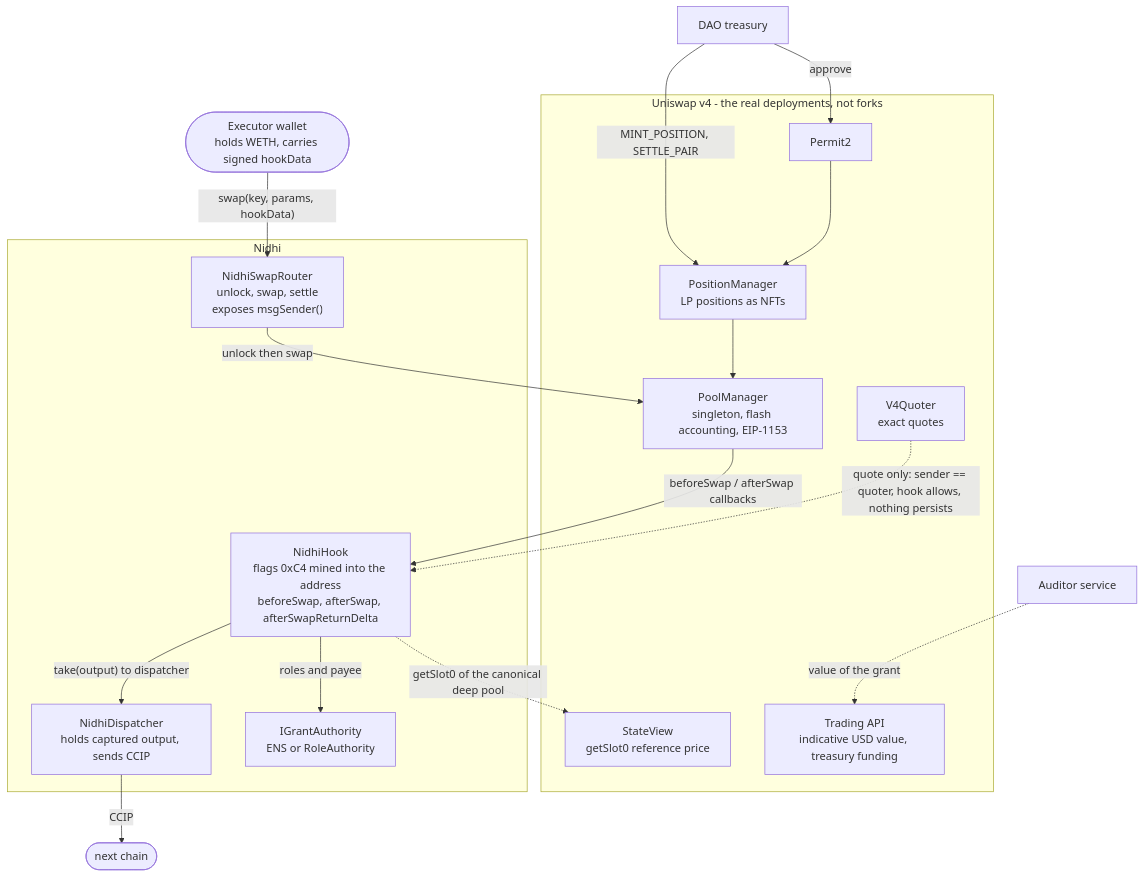
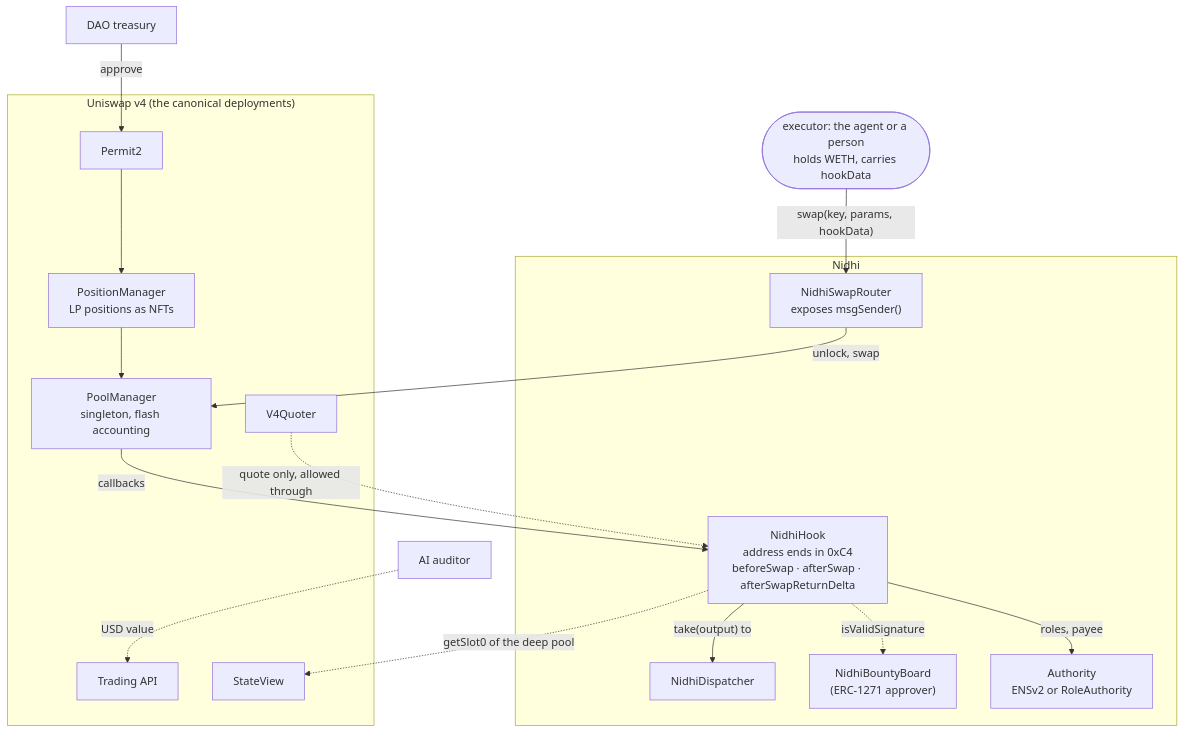
One commit to neevmodh/nidhi changed the first of 5 diagrams in docs/architecture/02-uniswap-v4.md. Above: the diagram before and after it, drawn with Mermaid. The commit also changed other lines of this file and 5 other files, not shown here.

First line of the commit message:
Docs: a full README and deep dives for Uniswap v4, ENSv2, CCIP 2.0 and the milestone agent

````diff
--- a/docs/architecture/02-uniswap-v4.md
+++ b/docs/architecture/02-uniswap-v4.md
@@ -8,33 +18,28 @@
 ```mermaid
 flowchart TB
-  subgraph UNI["Uniswap v4 - the real deployments, not forks"]
-    PM["PoolManager\nsingleton, flash accounting, EIP-1153"]
-    POSM["PositionManager\nLP positions as NFTs"]
+  subgraph UNI["Uniswap v4 (the canonical deployments)"]
+    PM["PoolManager<br/>singleton, flash accounting"]
+    POSM["PositionManager<br/>LP positions as NFTs"]
     P2["Permit2"]
-    Q["V4Quoter\nexact quotes"]
-    SV["StateView\ngetSlot0 reference price"]
-    TAPI["Trading API\nindicative USD value, treasury funding"]
+    Q["V4Quoter"]
+    SV["StateView"]
+    TAPI["Trading API"]
   end
-
   subgraph NIDHI["Nidhi"]
-    RT["NidhiSwapRouter\nunlock, swap, settle\nexposes msgSender()"]
-    HK["NidhiHook\nflags 0xC4 mined into the address\nbeforeSwap, afterSwap, afterSwapReturnDelta"]
-    DS["NidhiDispatcher\nholds captured output, sends CCIP"]
-    AU["IGrantAuthority\nENS or RoleAuthority"]
+    RT["NidhiSwapRouter<br/>exposes msgSender()"]
+    HK["NidhiHook<br/>address ends in 0xC4<br/>beforeSwap · afterSwap · afterSwapReturnDelta"]
+    DS["NidhiDispatcher"]
+    AU["Authority<br/>ENSv2 or RoleAuthority"]
+    BB["NidhiBountyBoard<br/>(ERC-1271 approver)"]
   end
-
-  EXEC(["Executor wallet\nholds WETH, carries signed hookData"]) -->|"swap(key, params, hookData)"| RT
-  RT -->|"unlock then swap"| PM
-  PM -->|"beforeSwap / afterSwap callbacks"| HK
-  HK -->|"roles and payee"| AU
-  HK -->|"take(output) to dispatcher"| DS
-  Q -.->|"quote only: sender == quoter, hook allows, nothing persists"| HK
-  HK -.->|"getSlot0 of the canonical deep pool"| SV
-  DS -->|"CCIP"| NEXT(["next chain"])
-
-  LP["DAO treasury"] -->|"MINT_POSITION, SETTLE_PAIR"| POSM
-  POSM --> PM
-  LP -->|"approve"| P2
-  P2 --> POSM
-  AUD["Auditor service"] -.->|"value of the grant"| TAPI
+  EX(["executor: the agent or a person<br/>holds WETH, carries hookData"]) -->|"swap(key, params, hookData)"| RT
+  RT -->|"unlock, swap"| PM
+  PM -->|"callbacks"| HK
+  HK -->|"roles, payee"| AU
+  HK -.->|"isValidSignature"| BB
+  HK -->|"take(output) to"| DS
+  Q -.->|"quote only, allowed through"| HK
+  HK -.->|"getSlot0 of the deep pool"| SV
+  DAO["DAO treasury"] -->|"approve"| P2 --> POSM --> PM
+  AUD["AI auditor"] -.->|"USD value"| TAPI
 ```
````
